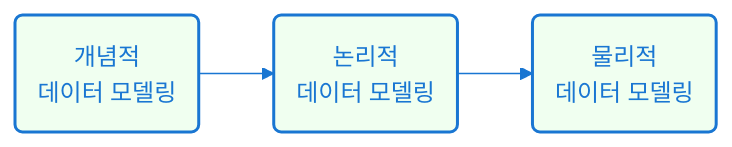
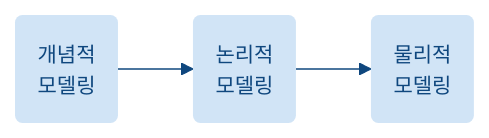
The first of 3 diagrams in _posts/2023-10-01-sqrd001.md (ssomal62/ssomal62.github.io), drawn with Mermaid before and after one commit. The commit also changed other lines of this file and 7 other files, not shown here.

```diff
--- a/_posts/2023-10-01-sqrd001.md
+++ b/_posts/2023-10-01-sqrd001.md
@@ -34,19 +36,18 @@
 <div class="mermaid">
-flowchart LR
-
-classDef basic fill:#F0FFF0, stroke:#1976D2, stroke-width:2px, color:#1976D2
+  flowchart LR
+  classDef basic fill:#D1E4F6, stroke:#0F477E, stroke-width:0px, color:#0F477E, font-size:14px
 
     dix(개념적 
-    데이터 모델링):::basic
+    모델링):::basic
     --> 
     dix1(논리적 
-    데이터 모델링)
-    dix1(논리적 
-    데이터 모델링):::basic
+    모델링)
+    
+    dix1:::basic
     --> 
     dix2(물리적 
-    데이터 모델링):::basic
+    모델링):::basic
 
-linkStyle 0 stroke:#1976D2
-linkStyle 1 stroke:#1976D2
+  linkStyle 0 stroke:#0F477E
+  linkStyle 1 stroke:#0F477E
 </div>
```
